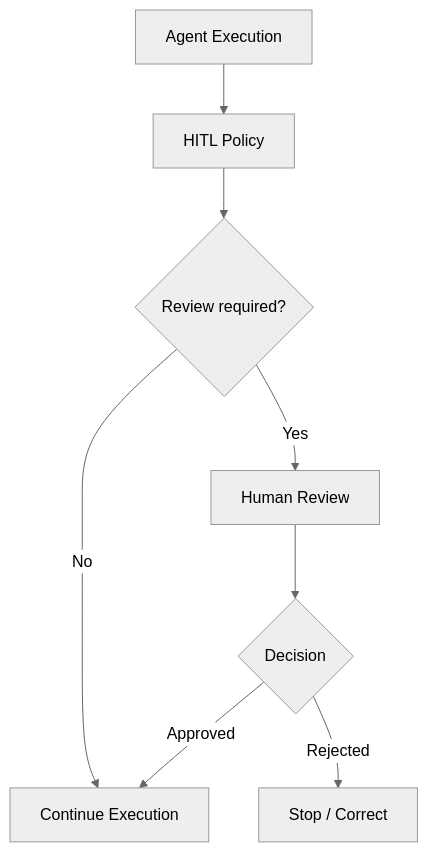
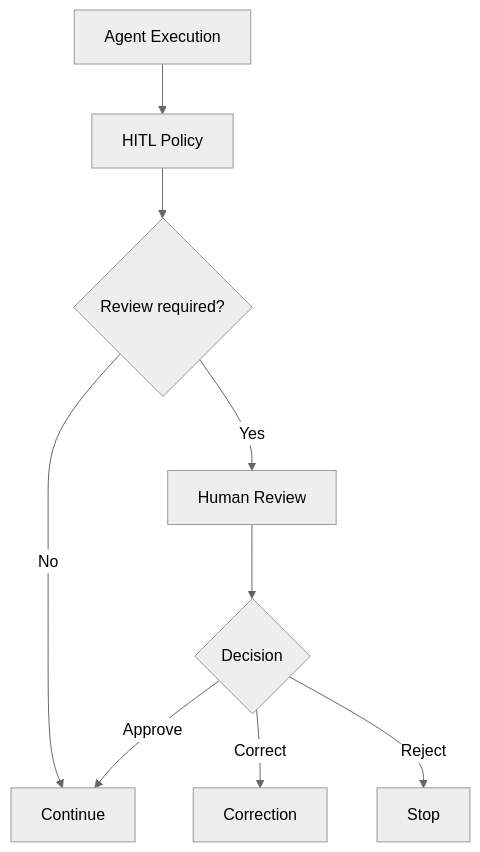
Before and after one commit to Rogerio5/INNA-AI-Engineering-Portfolio: the tenth of 26 diagrams in README.md, drawn with Mermaid (neutral theme). The commit also changed other lines of this file, not shown here.

````diff
--- a/README.md
+++ b/README.md
@@ -394,19 +422,19 @@
 ```mermaid
 flowchart TD
 
-    AGENT[Agent Execution]
+    EXEC[Agent Execution]
 
-    AGENT --> POLICY[HITL Policy]
+    EXEC --> POLICY[HITL Policy]
 
-    POLICY --> DECISION{Review required?}
+    POLICY --> CHECK{Review required?}
 
-    DECISION -->|No| CONTINUE[Continue Execution]
+    CHECK -->|No| CONTINUE[Continue]
 
-    DECISION -->|Yes| REVIEW[Human Review]
+    CHECK -->|Yes| HUMAN[Human Review]
 
-    REVIEW --> APPROVE{Decision}
+    HUMAN --> DECISION{Decision}
 
-    APPROVE -->|Approved| CONTINUE
-
-    APPROVE -->|Rejected| STOP[Stop / Correct]
+    DECISION -->|Approve| CONTINUE
+    DECISION -->|Correct| CORRECT[Correction]
+    DECISION -->|Reject| STOP[Stop]
 ```
````
